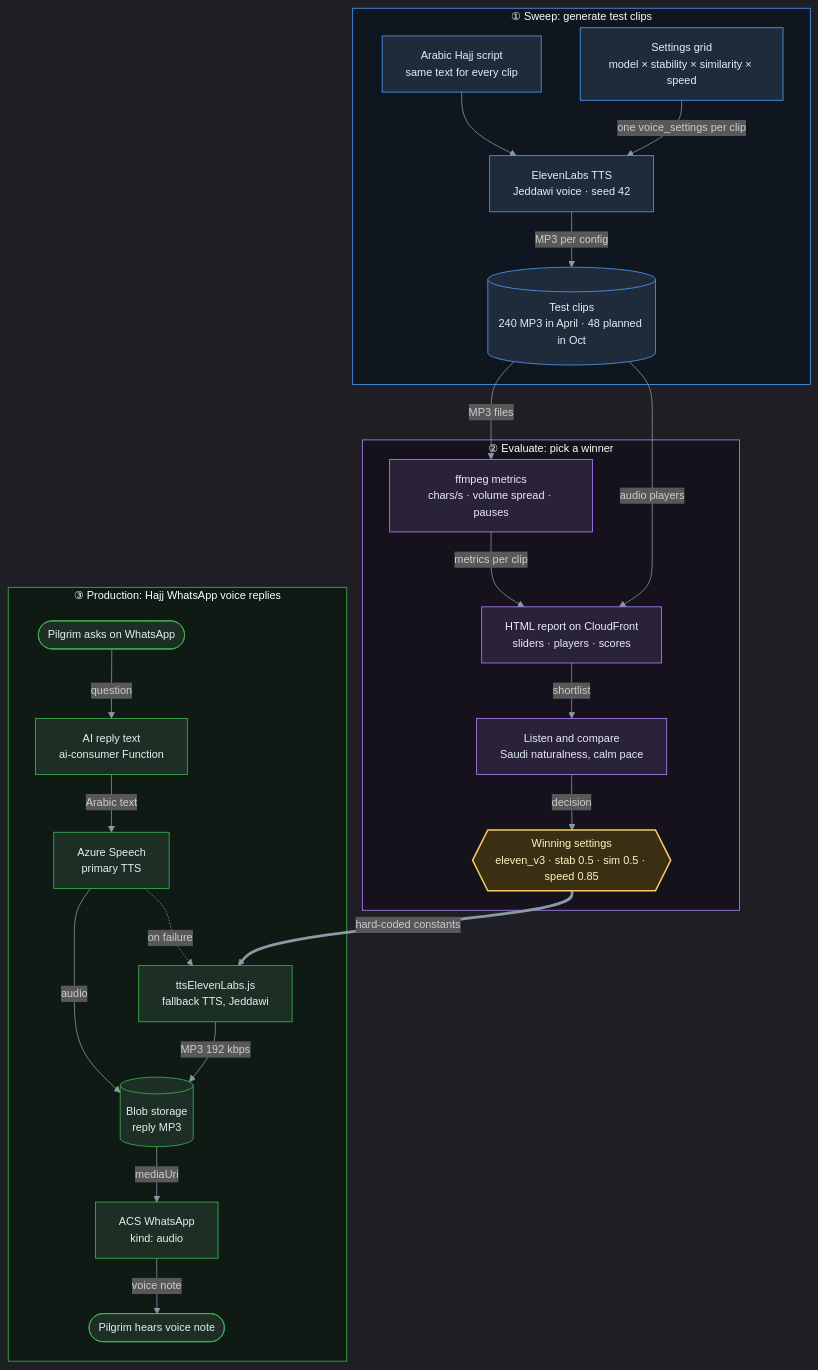
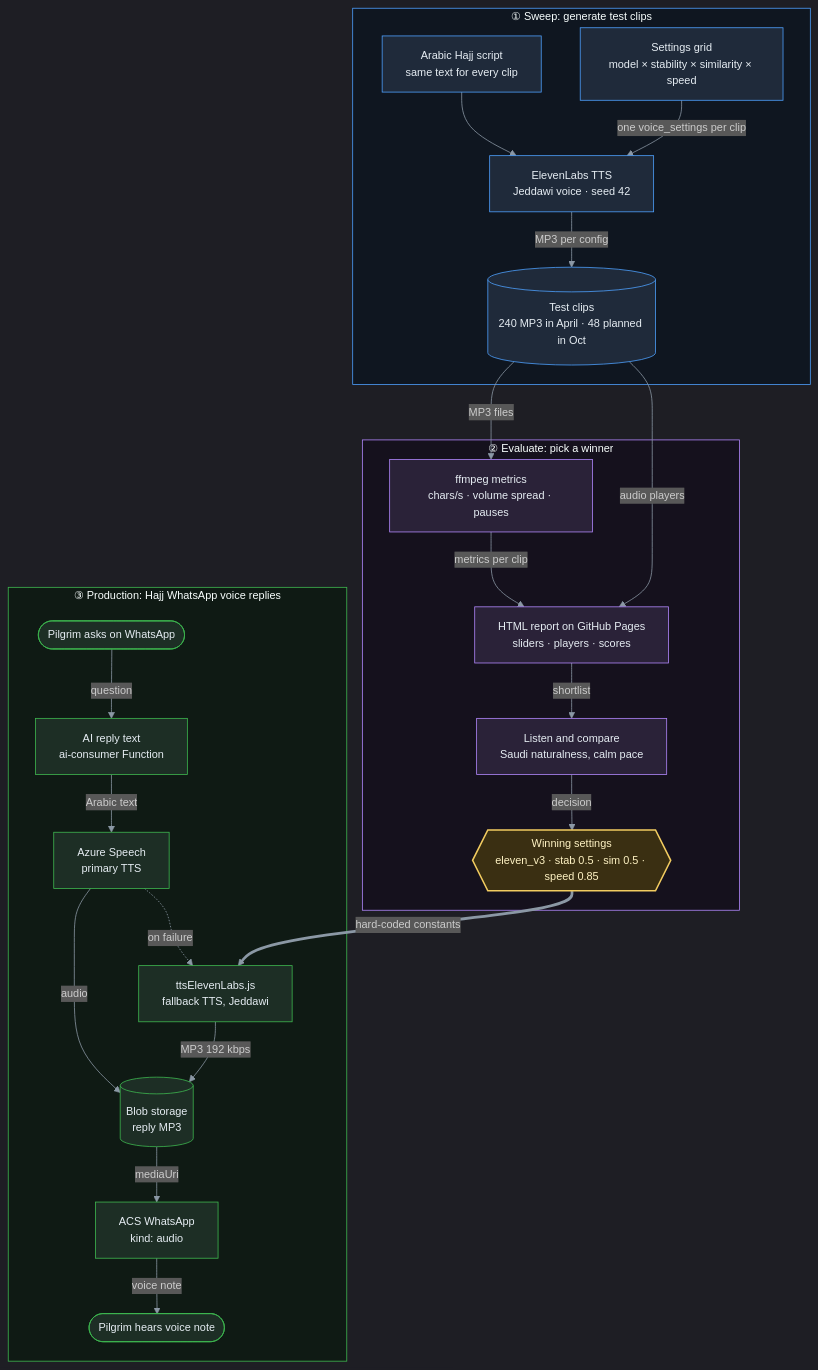
Before and after one commit to m86hussein/IILabsArabicVoiceSweeps: the first of 3 diagrams in README.md, drawn with Mermaid.

Commit message:
README: reports are on GitHub Pages

````diff
--- a/README.md
+++ b/README.md
@@ -18,56 +18,56 @@
 ```mermaid
 %%{init: {'theme':'dark', 'themeVariables': {'fontSize':'14px', 'lineColor':'#8b98a5'}}}%%
 flowchart TB
     subgraph S1["① Sweep: generate test clips"]
         TXT["Arabic Hajj script<br/>same text for every clip"]
         GRID["Settings grid<br/>model × stability × similarity × speed"]
         EL["ElevenLabs TTS<br/>Jeddawi voice · seed 42"]
         CLIPS[("Test clips<br/>240 MP3 in April · 48 planned in Oct")]
         TXT --> EL
         GRID -- "one voice_settings per clip" --> EL
         EL -- "MP3 per config" --> CLIPS
     end
 
     subgraph S2["② Evaluate: pick a winner"]
         FF["ffmpeg metrics<br/>chars/s · volume spread · pauses"]
-        REP["HTML report on CloudFront<br/>sliders · players · scores"]
+        REP["HTML report on GitHub Pages<br/>sliders · players · scores"]
         EAR["Listen and compare<br/>Saudi naturalness, calm pace"]
         WIN{{"Winning settings<br/>eleven_v3 · stab 0.5 · sim 0.5 · speed 0.85"}}
         FF -- "metrics per clip" --> REP
         REP -- "shortlist" --> EAR
         EAR -- "decision" --> WIN
     end
 
     subgraph S3["③ Production: Hajj WhatsApp voice replies"]
         PIL(["Pilgrim asks on WhatsApp"])
         BOT["AI reply text<br/>ai-consumer Function"]
         AZ["Azure Speech<br/>primary TTS"]
         TTS["ttsElevenLabs.js<br/>fallback TTS, Jeddawi"]
         BLOB[("Blob storage<br/>reply MP3")]
         ACS["ACS WhatsApp<br/>kind: audio"]
         OUT(["Pilgrim hears voice note"])
         PIL -- "question" --> BOT
         BOT -- "Arabic text" --> AZ
         AZ -. "on failure" .-> TTS
         AZ -- "audio" --> BLOB
         TTS -- "MP3 192 kbps" --> BLOB
         BLOB -- "mediaUri" --> ACS
         ACS -- "voice note" --> OUT
     end
 
     CLIPS -- "MP3 files" --> FF
     CLIPS -- "audio players" --> REP
     WIN == "hard-coded constants" ==> TTS
 
     classDef gen fill:#1f2a3a,stroke:#4ea1ff,color:#e6edf3
     classDef eval fill:#2a2238,stroke:#b388ff,color:#e6edf3
     classDef prod fill:#1d2e25,stroke:#3fb950,color:#e6edf3
     classDef win fill:#3a2f12,stroke:#f2cc60,color:#fff3c4,stroke-width:2px
     class TXT,GRID,EL,CLIPS gen
     class FF,REP,EAR eval
     class PIL,BOT,AZ,TTS,BLOB,ACS,OUT prod
     class WIN win
     style S1 fill:#0f1620,stroke:#4ea1ff
     style S2 fill:#15111d,stroke:#b388ff
     style S3 fill:#0f1a14,stroke:#3fb950
 ```
````
